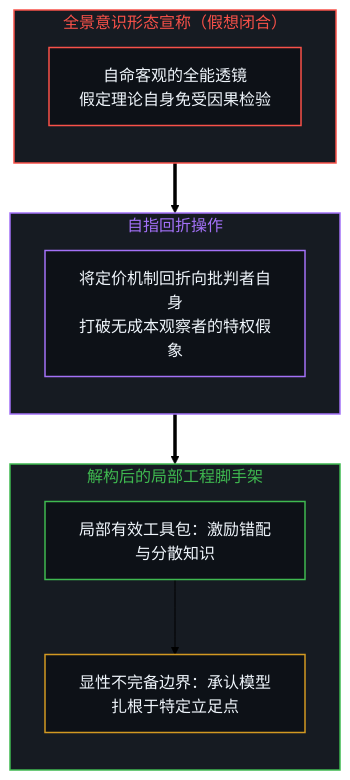
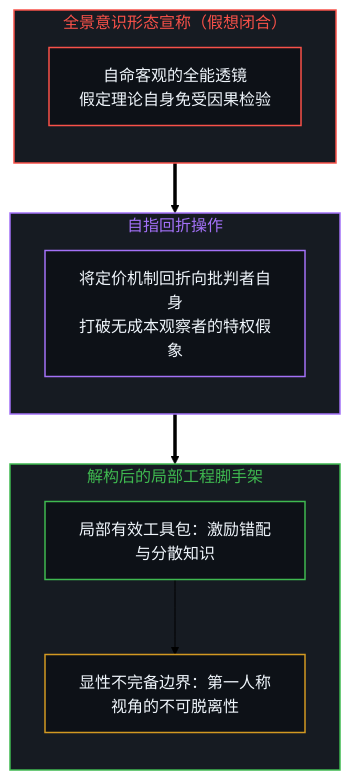
One commit to powerpig99/not-a-toe changed the seventh of 8 diagrams in content/posts/the-unpriced-critic.md. Above: the diagram before and after it, drawn with Mermaid (forest theme). The commit also changed other lines of this file and 5 other files, not shown here.

````diff
--- a/content/posts/the-unpriced-critic.md
+++ b/content/posts/the-unpriced-critic.md
@@ -211,33 +211,33 @@
 ```mermaid
 flowchart TD
     classDef default fill:#0d1117,stroke:#30363d,stroke-width:1px,color:#f0f6fc;
     classDef mind fill:#0d1117,stroke:#3fb950,stroke-width:1.5px,color:#f0f6fc;
     classDef warn fill:#0d1117,stroke:#d29922,stroke-width:1.5px,color:#f0f6fc;
     classDef fail fill:#0d1117,stroke:#f85149,stroke-width:1.5px,color:#f0f6fc;
     classDef model fill:#0d1117,stroke:#58a6ff,stroke-width:1.5px,color:#f0f6fc;
     classDef purple fill:#0d1117,stroke:#a371f7,stroke-width:1.5px,color:#f0f6fc;
 
     subgraph S_Dogma ["全景意识形态宣称（假想闭合）"]
         direction TB
         TotalClaim["自命客观的全能透镜<br/>假定理论自身免受因果检验"]:::fail
     end
 
     subgraph S_Fold ["自指回折操作"]
         direction TB
         SelfReflect["将定价机制回折向批判者自身<br/>打破无成本观察者的特权假象"]:::purple
     end
 
     subgraph S_Instrument ["解构后的局部工程脚手架"]
         direction TB
         LocalTool["局部有效工具包：激励错配与分散知识"]:::mind
-        BoundSign["显性不完备边界：承认模型扎根于特定立足点"]:::warn
+        BoundSign["显性不完备边界：第一人称视角的不可脱离性"]:::warn
         LocalTool --> BoundSign
     end
 
     S_Dogma ==> S_Fold
     S_Fold ==> S_Instrument
 
     style S_Dogma fill:#161b22,stroke:#f85149,stroke-width:1.5px,color:#f85149
     style S_Fold fill:#161b22,stroke:#a371f7,stroke-width:1.5px,color:#a371f7
     style S_Instrument fill:#161b22,stroke:#3fb950,stroke-width:1.5px,color:#3fb950
 ```
````
